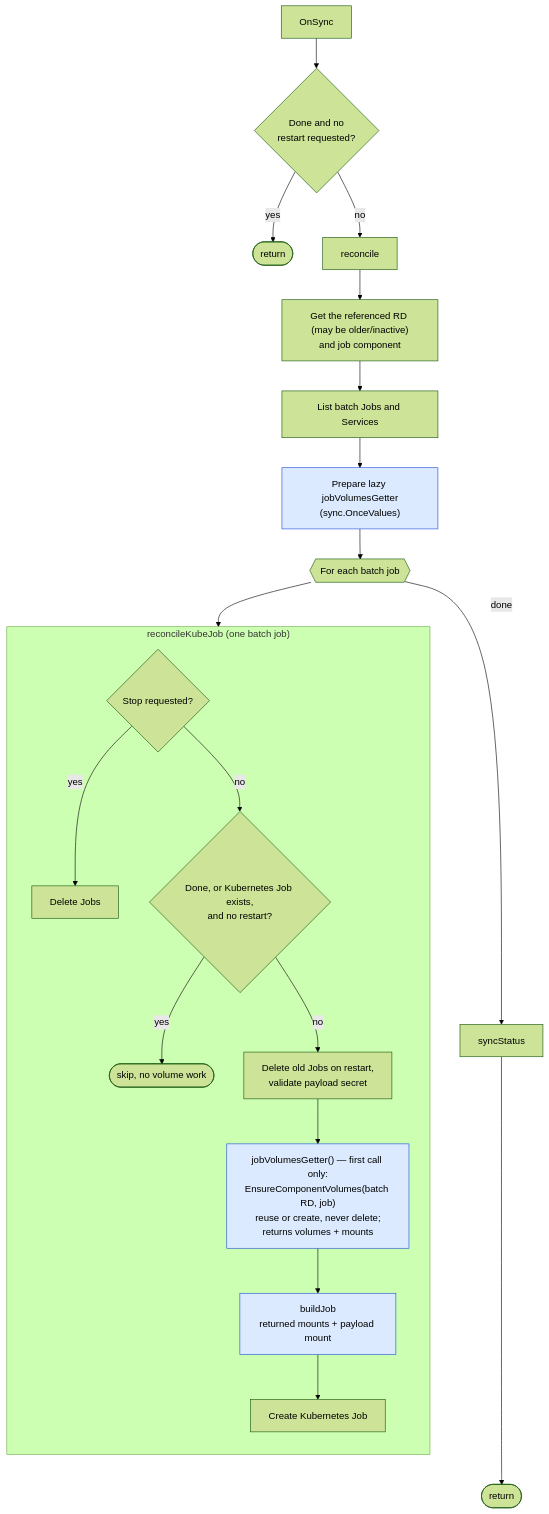
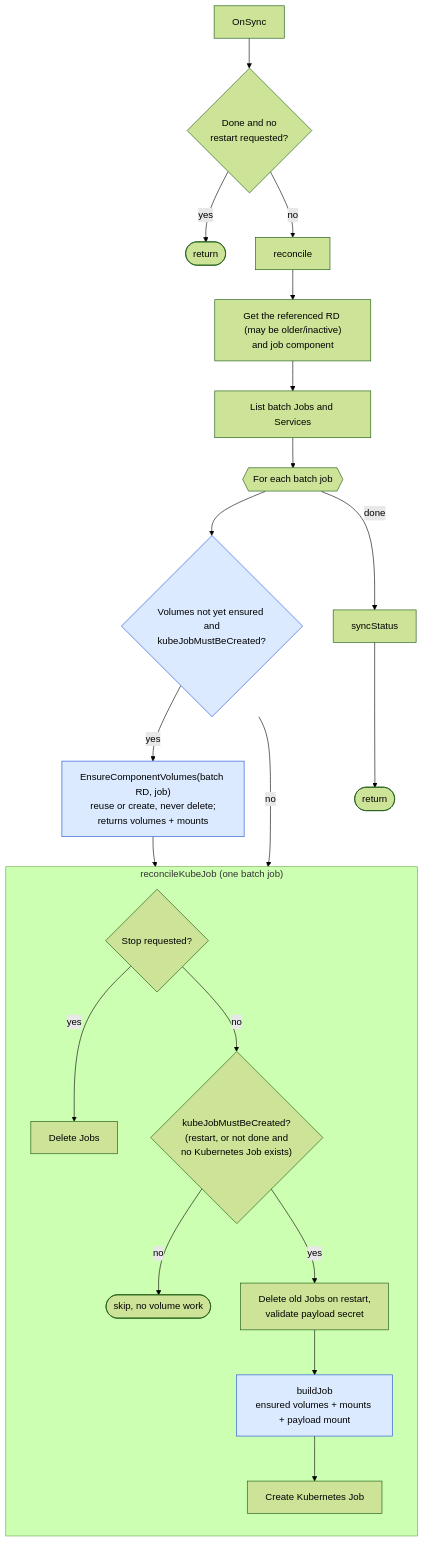
Before and after one commit to equinor/radix-operator: the second of 3 diagrams in pkg/apis/volumemount/README.md, drawn with Mermaid (forest theme). The commit also changed other lines of this file and 3 other files, not shown here.

Commit message:
refacot ensureVolumeMounts fix

````diff
--- a/pkg/apis/volumemount/README.md
+++ b/pkg/apis/volumemount/README.md
@@ -268,30 +164,31 @@
 ```mermaid
 flowchart TD
     A["OnSync"] --> B{"Done and no<br/>restart requested?"}
     B -->|yes| Z(["return"])
     B -->|no| R["reconcile"]
     R --> R1["Get the referenced RD (may be older/inactive)<br/>and job component"]
     R1 --> R2["List batch Jobs and Services"]
-    R2 --> R3["Prepare lazy jobVolumesGetter<br/>(sync.OnceValues)"]:::vol
-    R3 --> L{{"For each batch job"}}
+    R2 --> L{{"For each batch job"}}
+    L --> V0{"Volumes not yet ensured and<br/>kubeJobMustBeCreated?"}:::vol
+    V0 -->|yes| V1["EnsureComponentVolumes(batch RD, job)<br/>reuse or create, never delete;<br/>returns volumes + mounts"]:::vol
+    V0 -->|no| J0
+    V1 --> J0
 
     subgraph job ["reconcileKubeJob (one batch job)"]
         direction TB
         J0{"Stop requested?"}
-        J1{"Done, or Kubernetes Job exists,<br/>and no restart?"}
+        J1{"kubeJobMustBeCreated?<br/>(restart, or not done and<br/>no Kubernetes Job exists)"}
         J2["Delete old Jobs on restart,<br/>validate payload secret"]
-        J3["jobVolumesGetter() — first call only:<br/>EnsureComponentVolumes(batch RD, job)<br/>reuse or create, never delete;<br/>returns volumes + mounts"]:::vol
-        J4["buildJob<br/>returned mounts + payload mount"]:::vol
+        J4["buildJob<br/>ensured volumes + mounts + payload mount"]:::vol
         J5["Create Kubernetes Job"]
         J0 -->|yes| JD["Delete Jobs"]
         J0 -->|no| J1
-        J1 -->|yes| JS(["skip, no volume work"])
-        J1 -->|no| J2 --> J3 --> J4 --> J5
+        J1 -->|no| JS(["skip, no volume work"])
+        J1 -->|yes| J2 --> J4 --> J5
     end
 
-    L --> J0
     L -->|done| S["syncStatus"]
     S --> E(["return"])
 
     classDef vol fill:#dbeafe,stroke:#1d4ed8
 ```
````
